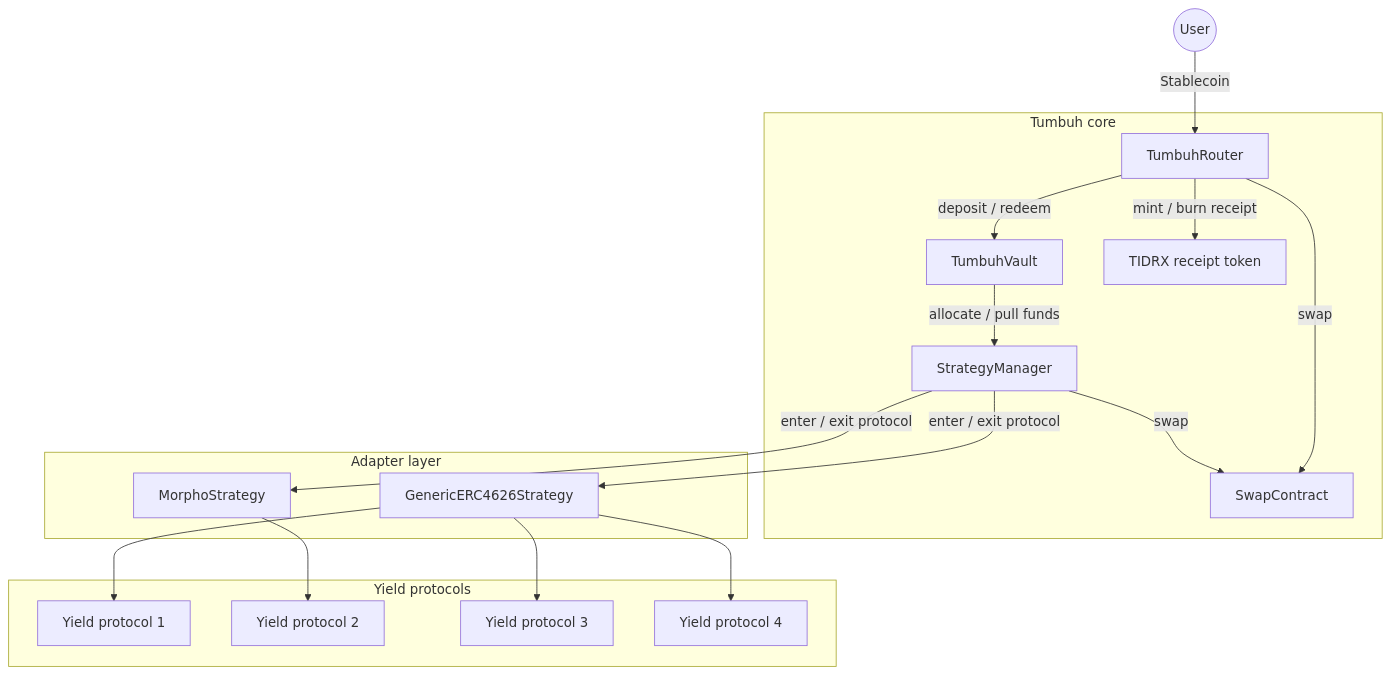
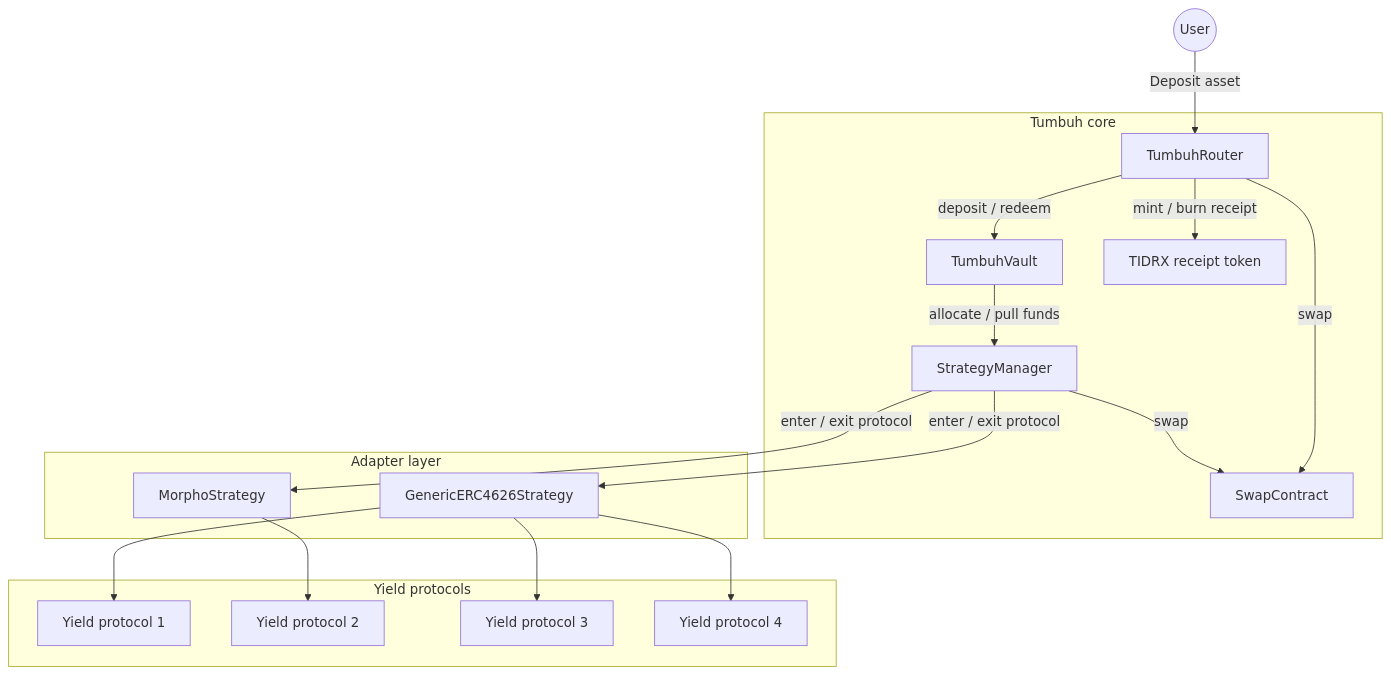
Before and after one commit to tumbuh-fi/docs: the diagram in protocol-architecture/overview.mdx, drawn with Mermaid. The commit also changed other lines of this file and 12 other files, not shown here.

````diff
--- a/protocol-architecture/overview.mdx
+++ b/protocol-architecture/overview.mdx
@@ -14,37 +14,37 @@
 ```mermaid
 flowchart TB
     User((User))
 
     subgraph Core["Tumbuh core"]
         Router[TumbuhRouter]
         Vault[TumbuhVault]
         SM[StrategyManager]
         Swap[SwapContract]
         TIDRX[TIDRX receipt token]
     end
 
     subgraph Adapters["Adapter layer"]
         Generic[GenericERC4626Strategy]
         Morpho[MorphoStrategy]
     end
 
     subgraph External["Yield protocols"]
         P1[Yield protocol 1]
         P2[Yield protocol 2]
         P3[Yield protocol 3]
         P4[Yield protocol 4]
     end
 
-    User -->|Stablecoin| Router
+    User -->|Deposit asset| Router
     Router -->|deposit / redeem| Vault
     Router -->|swap| Swap
     Router -->|mint / burn receipt| TIDRX
     Vault -->|allocate / pull funds| SM
     SM -->|swap| Swap
     SM -->|enter / exit protocol| Generic
     SM -->|enter / exit protocol| Morpho
     Generic --> P1
     Generic --> P3
     Generic --> P4
     Morpho --> P2
 ```
````
